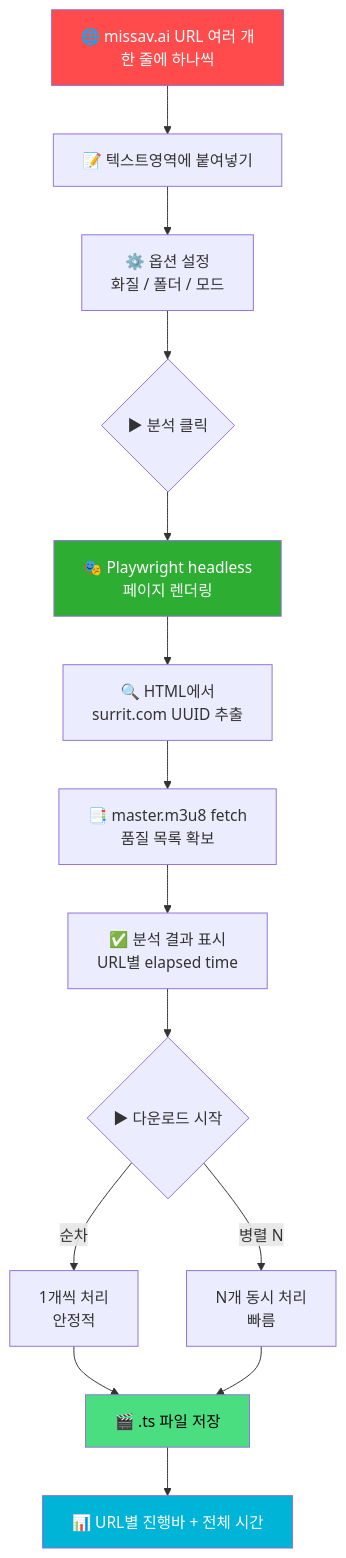
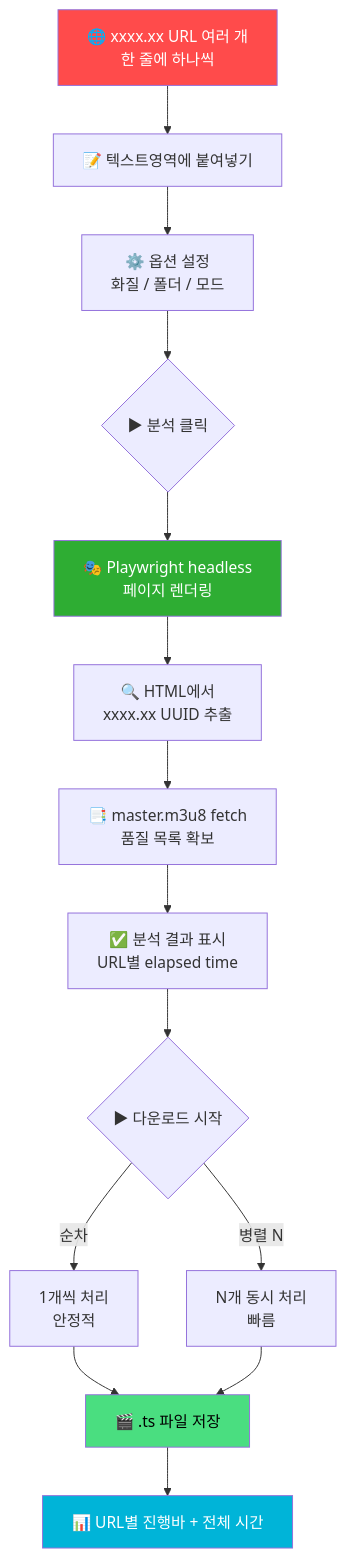
Before and after one commit to izowooi/creative-plate: the first of 4 diagrams in crawl-video/README.md, drawn with Mermaid. The commit also changed other lines of this file and 1 other file, not shown here.

````diff
--- a/crawl-video/README.md
+++ b/crawl-video/README.md
@@ -62,21 +62,21 @@
 ```mermaid
 graph TD
-    A[🌐 missav.ai URL 여러 개<br/>한 줄에 하나씩] --> B[📝 텍스트영역에 붙여넣기]
+    A[🌐 xxxx.xx URL 여러 개<br/>한 줄에 하나씩] --> B[📝 텍스트영역에 붙여넣기]
     B --> C[⚙️ 옵션 설정<br/>화질 / 폴더 / 모드]
     C --> D{▶ 분석 클릭}
     D --> E[🎭 Playwright headless<br/>페이지 렌더링]
-    E --> F[🔍 HTML에서<br/>surrit.com UUID 추출]
+    E --> F[🔍 HTML에서<br/>xxxx.xx UUID 추출]
     F --> G[📑 master.m3u8 fetch<br/>품질 목록 확보]
     G --> H[✅ 분석 결과 표시<br/>URL별 elapsed time]
     H --> I{▶ 다운로드 시작}
     I -->|순차| J[1개씩 처리<br/>안정적]
     I -->|병렬 N| K[N개 동시 처리<br/>빠름]
     J --> L[🎬 .ts 파일 저장]
     K --> L
     L --> M[📊 URL별 진행바 + 전체 시간]
 
     style A fill:#ff4b4b,color:#fff
     style E fill:#2ead33,color:#fff
     style L fill:#4ade80,color:#000
     style M fill:#00b4d8,color:#fff
 ```
````
